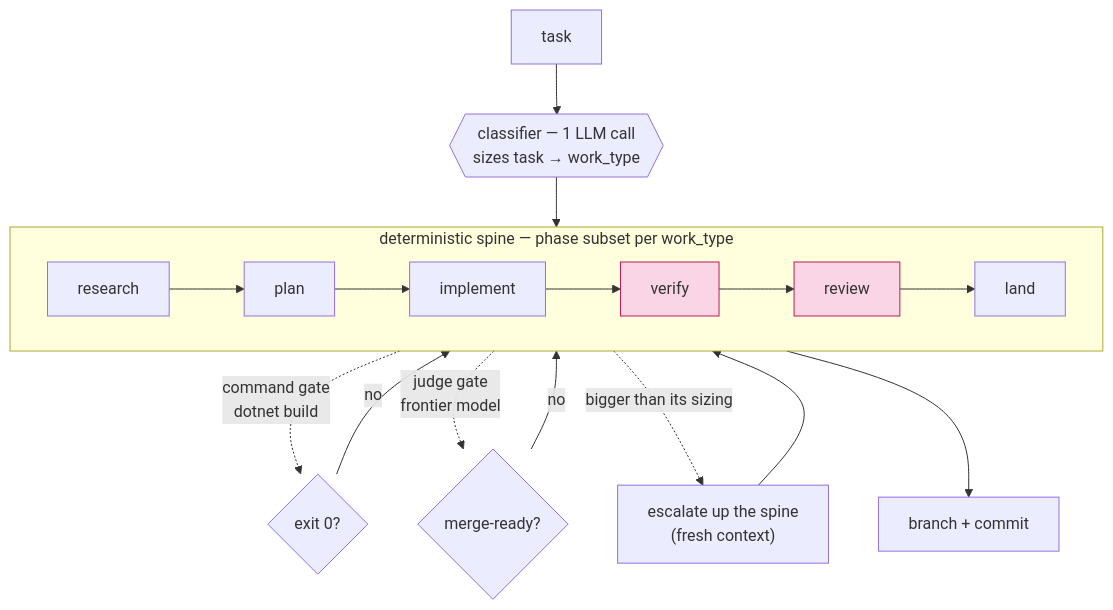
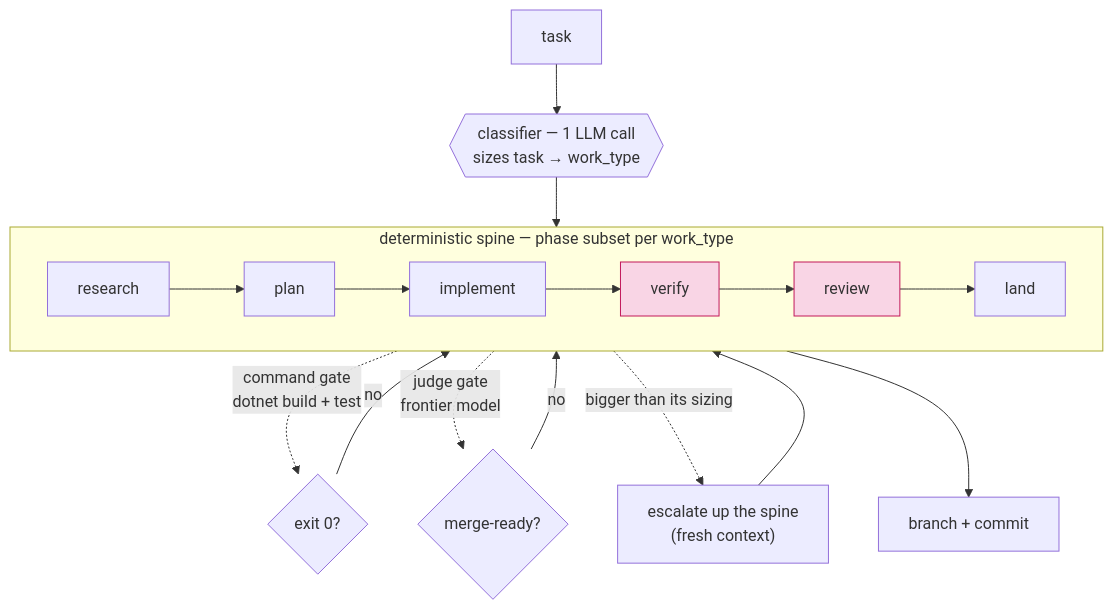
Before and after one commit to marcobdv/Ratchet: the third of 3 diagrams in README.md, drawn with Mermaid. The commit also changed other lines of this file and 8 other files, not shown here.

````diff
--- a/README.md
+++ b/README.md
@@ -133,21 +131,21 @@
 ```mermaid
 flowchart TB
     TASK["task"] --> CLASS{{"classifier — 1 LLM call<br/>sizes task → work_type"}}
     CLASS --> SPINE
 
     subgraph SPINE["deterministic spine — phase subset per work_type"]
         direction LR
         R["research"] --> P["plan"] --> I["implement"] --> V["verify"] --> RV["review"] --> L["land"]
     end
 
-    V -. "command gate<br/>dotnet build" .-> VG{exit 0?}
+    V -. "command gate<br/>dotnet build + test" .-> VG{exit 0?}
     VG -- no --> I
     RV -. "judge gate<br/>frontier model" .-> RG{merge-ready?}
     RG -- no --> RV
     I -. "bigger than its sizing" .-> ESC["escalate up the spine<br/>(fresh context)"]
     ESC --> R
     L --> DONE["branch + commit"]
 
     classDef floor fill:#f9d5e5,stroke:#c2185b,color:#333
     class V,RV floor
 ```
````
